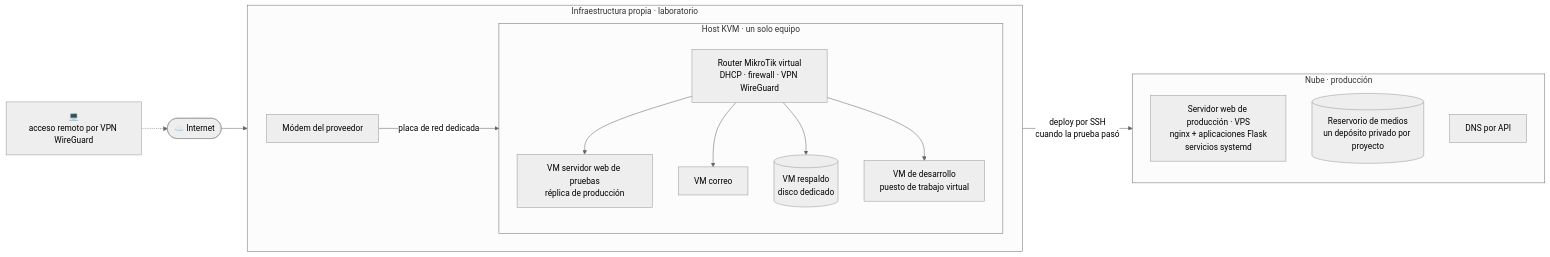
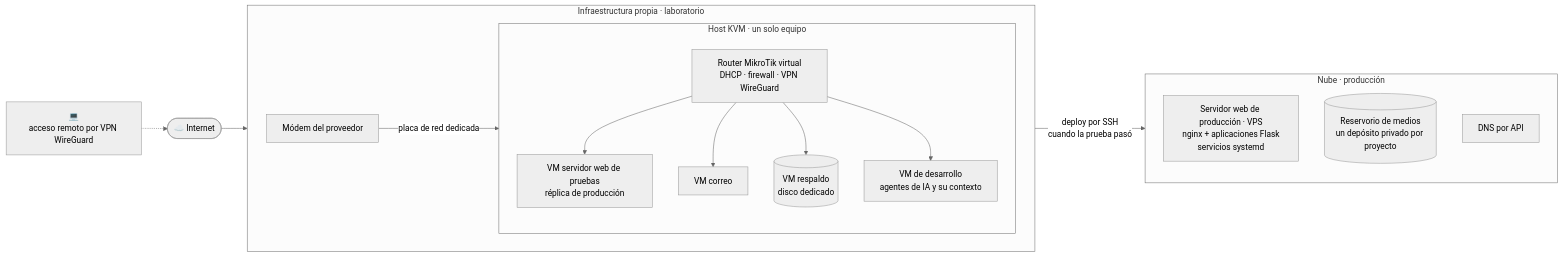
Before and after one commit to druidatech-net/infraestructura-druidatech: the first of 3 diagrams in README.md, drawn with Mermaid (neutral theme). The commit also changed other lines of this file, not shown here.

Commit message:
VMs: qué copia el respaldo; la de desarrollo aloja los agentes de IA, accesibles por VPN

````diff
--- a/README.md
+++ b/README.md
@@ -25,24 +25,24 @@
 ```mermaid
 flowchart LR
     N[💻<br/>acceso remoto por VPN WireGuard] -.-> I([☁️ Internet])
     I --> M
     subgraph LAB[Infraestructura propia · laboratorio]
         direction LR
         M[Módem del proveedor] -->|placa de red dedicada| K
         subgraph H[Host KVM · un solo equipo]
             direction TB
             K[Router MikroTik virtual<br/>DHCP · firewall · VPN WireGuard]
             K --> W[VM servidor web de pruebas<br/>réplica de producción]
             K --> C[VM correo]
             K --> B[(VM respaldo<br/>disco dedicado)]
-            K --> A[VM de desarrollo<br/>puesto de trabajo virtual]
+            K --> A[VM de desarrollo<br/>agentes de IA y su contexto]
         end
     end
     subgraph NUBE[Nube · producción]
         direction TB
         V[Servidor web de producción · VPS<br/>nginx + aplicaciones Flask<br/>servicios systemd]
         S[(Reservorio de medios<br/>un depósito privado por proyecto)]
         D[DNS por API]
     end
     W -->|"deploy por SSH<br/>cuando la prueba pasó"| V
 ```
````
